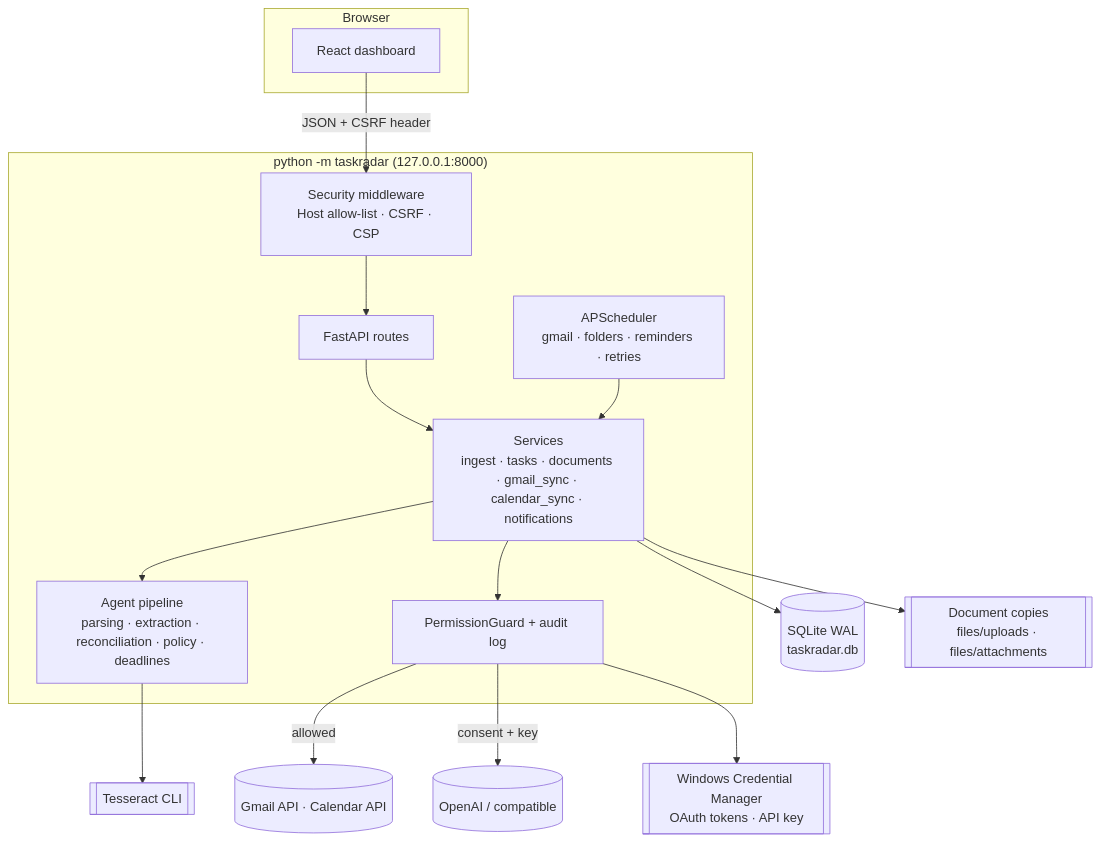
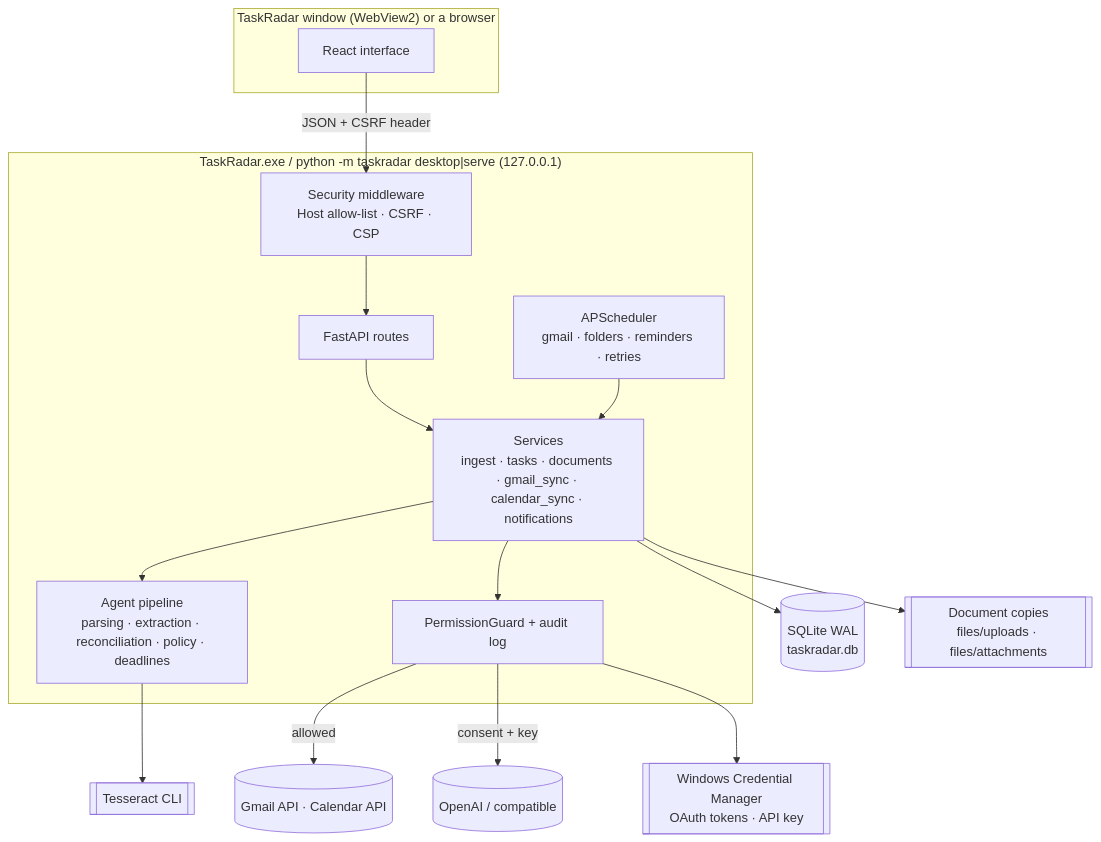
Before and after one commit to HappyOwl-Wen/Taskradar: the diagram in ARCHITECTURE.md, drawn with Mermaid. The commit also changed other lines of this file and 103 other files, not shown here.

First line of the commit message:
Desktop app: its own window, an installer, one visual system and short motion

````diff
--- a/ARCHITECTURE.md
+++ b/ARCHITECTURE.md
@@ -23,30 +25,30 @@
 ```mermaid
 flowchart TB
-    subgraph Browser
-        UI[React dashboard]
+    subgraph Window["TaskRadar window (WebView2) or a browser"]
+        UI[React interface]
     end
-    subgraph Process["python -m taskradar (127.0.0.1:8000)"]
+    subgraph Process["TaskRadar.exe / python -m taskradar desktop|serve (127.0.0.1)"]
         MW[Security middleware<br/>Host allow-list · CSRF · CSP]
         API[FastAPI routes]
         SVC[Services<br/>ingest · tasks · documents · gmail_sync · calendar_sync · notifications]
         AGENT[Agent pipeline<br/>parsing · extraction · reconciliation · policy · deadlines]
         SCHED[APScheduler<br/>gmail · folders · reminders · retries]
         GUARD[PermissionGuard + audit log]
     end
     DB[(SQLite WAL<br/>taskradar.db)]
     FILES[[Document copies<br/>files/uploads · files/attachments]]
     CRED[[Windows Credential Manager<br/>OAuth tokens · API key]]
     GOOGLE[(Gmail API · Calendar API)]
     LLM[(OpenAI / compatible)]
     OCR[[Tesseract CLI]]
 
     UI -->|JSON + CSRF header| MW --> API --> SVC --> AGENT
     SCHED --> SVC
     SVC --> DB
     SVC --> FILES
     AGENT --> OCR
     SVC --> GUARD
     GUARD -->|allowed| GOOGLE
     GUARD -->|consent + key| LLM
     GUARD --> CRED
 ```
````
